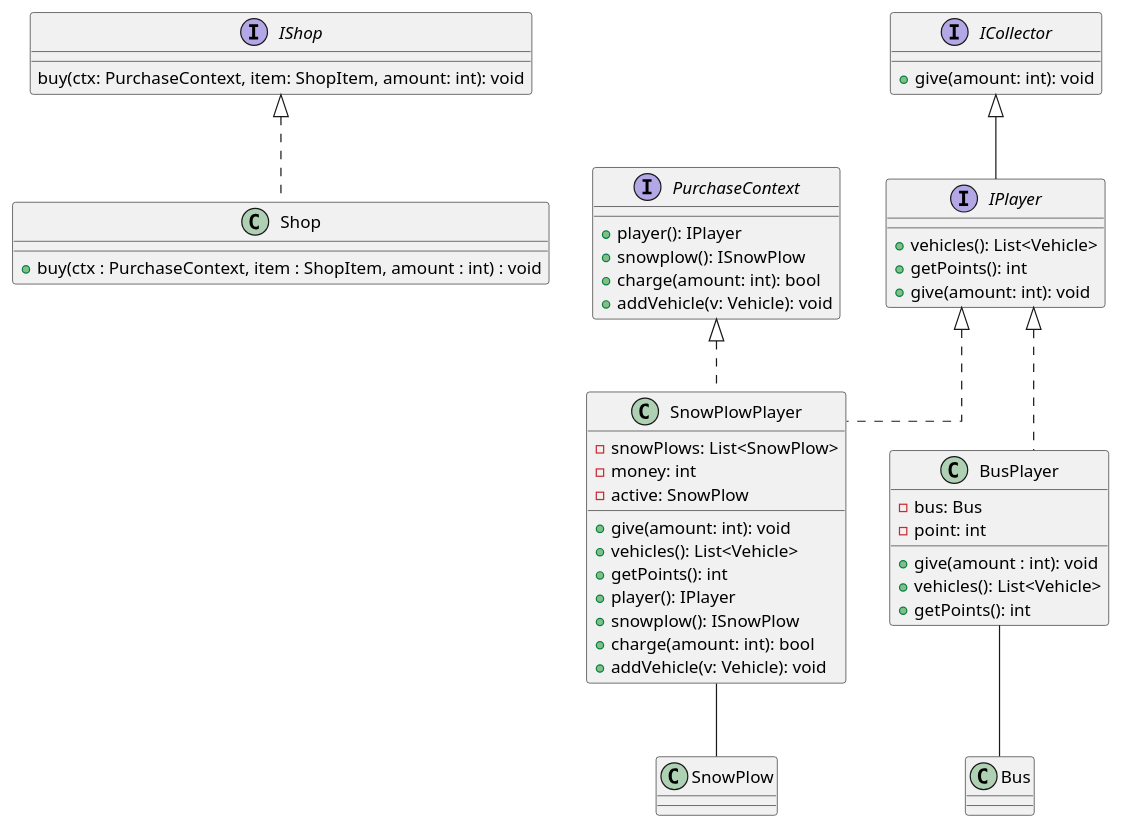
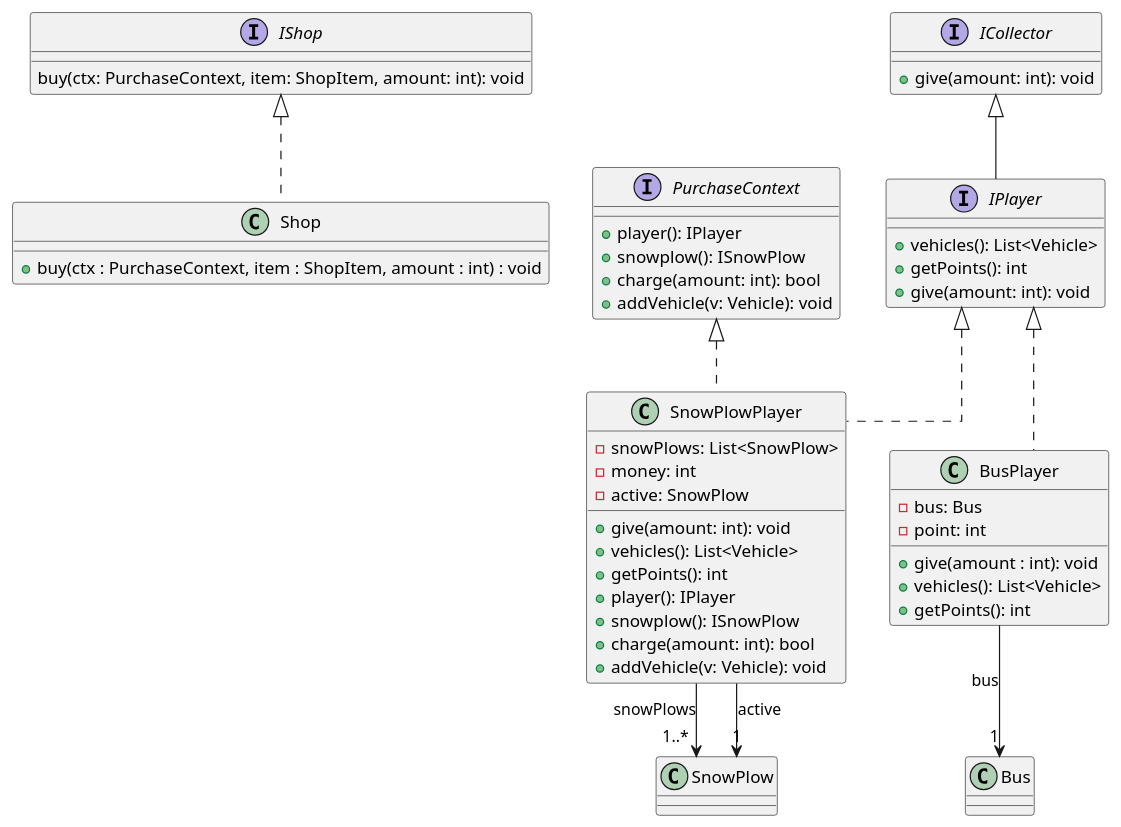
One commit to uhrinandor/spring changed the diagram in docs/analizis1/classdiagram/6.plantuml. Above: the diagram before and after it, drawn with PlantUML. The commit also changed 3 other files, not shown here.

```diff
--- a/docs/analizis1/classdiagram/6.plantuml
+++ b/docs/analizis1/classdiagram/6.plantuml
@@ -1,58 +1,60 @@
 @startuml
 
 skinparam linetype ortho
 
 interface IShop {
     buy(ctx: PurchaseContext, item: ShopItem, amount: int): void
 }
 
 interface PurchaseContext{
     + player(): IPlayer
     + snowplow(): ISnowPlow
     + charge(amount: int): bool
     + addVehicle(v: Vehicle): void
 }
 
 
 interface IPlayer implements ICollector{
     + vehicles(): List<Vehicle>
     + getPoints(): int
     + give(amount: int): void
 }
 
 
 interface ICollector {
     + give(amount: int): void
 }
 
 class SnowPlowPlayer implements IPlayer, PurchaseContext
 {
     -snowPlows: List<SnowPlow>
     -money: int
     -active: SnowPlow
     +give(amount: int): void
     +vehicles(): List<Vehicle>
     +getPoints(): int
     +player(): IPlayer
     +snowplow(): ISnowPlow
     +charge(amount: int): bool
     +addVehicle(v: Vehicle): void
 }
 
-SnowPlowPlayer -- SnowPlow
+SnowPlowPlayer --> "1..*" SnowPlow: snowPlows
+SnowPlowPlayer --> "1" SnowPlow: active
 
 class BusPlayer implements IPlayer
 {
     -bus: Bus
     -point: int
     +give(amount : int): void
     +vehicles(): List<Vehicle>
     +getPoints(): int
 }
 
-BusPlayer -- Bus
+BusPlayer --> "1" Bus: bus
+
 class Shop implements IShop{
     + buy(ctx : PurchaseContext, item : ShopItem, amount : int) : void
 }
 
 @enduml
```
